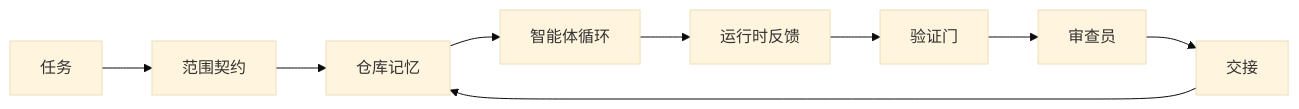
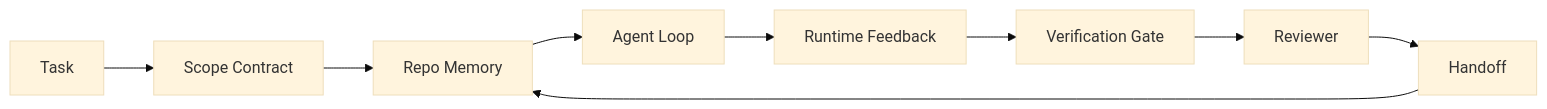
Before and after one commit to xiaojiaenen/ai-engineering-from-scratch-zh: the diagram in i18n/zh/phases/14-agent-engineering/31-agent-workbench-why-models-fail/docs/zh.md, drawn with Mermaid (base theme). The commit also changed other lines of this file and 54 other files, not shown here.

````diff
--- a/i18n/zh/phases/14-agent-engineering/31-agent-workbench-why-models-fail/docs/zh.md
+++ b/i18n/zh/phases/14-agent-engineering/31-agent-workbench-why-models-fail/docs/zh.md
@@ -41,11 +41,11 @@
 ```mermaid
 flowchart LR
-  Task[任务] --> Scope[范围契约]
-  Scope --> State[仓库记忆]
-  State --> Agent[智能体循环]
-  Agent --> Feedback[运行时反馈]
-  Feedback --> Verify[验证门]
-  Verify --> Review[审查员]
-  Review --> Handoff[交接]
+  Task[Task] --> Scope[Scope Contract]
+  Scope --> State[Repo Memory]
+  State --> Agent[Agent Loop]
+  Agent --> Feedback[Runtime Feedback]
+  Feedback --> Verify[Verification Gate]
+  Verify --> Review[Reviewer]
+  Review --> Handoff[Handoff]
   Handoff --> State
 ```
````
